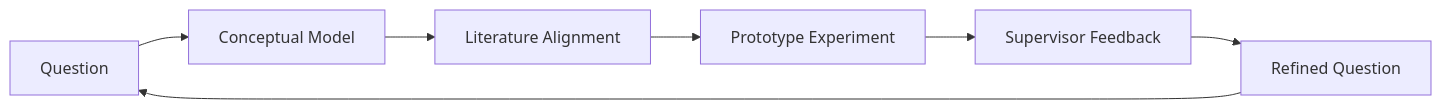
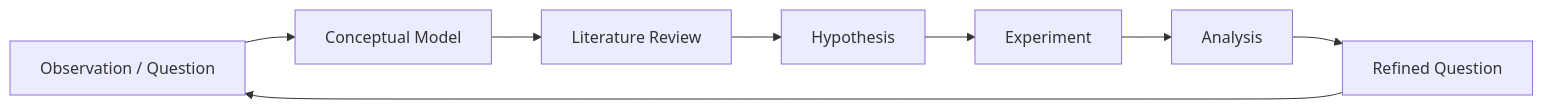
Before and after one commit to 1DZL0/research-notebook: the diagram in index.qmd, drawn with Mermaid. The commit also changed other lines of this file and 46 other files, not shown here.

````diff
--- a/index.qmd
+++ b/index.qmd
@@ -32,9 +34,12 @@
 ```{mermaid}
 flowchart LR
-  A[Question] --> B[Conceptual Model]
-  B --> C[Literature Alignment]
-  C --> D[Prototype Experiment]
-  D --> E[Supervisor Feedback]
-  E --> F[Refined Question]
-  F --> A
+
+A[Observation / Question]
+--> B[Conceptual Model]
+--> C[Literature Review]
+--> D[Hypothesis]
+--> E[Experiment]
+--> F[Analysis]
+--> G[Refined Question]
+--> A
 ```
````
